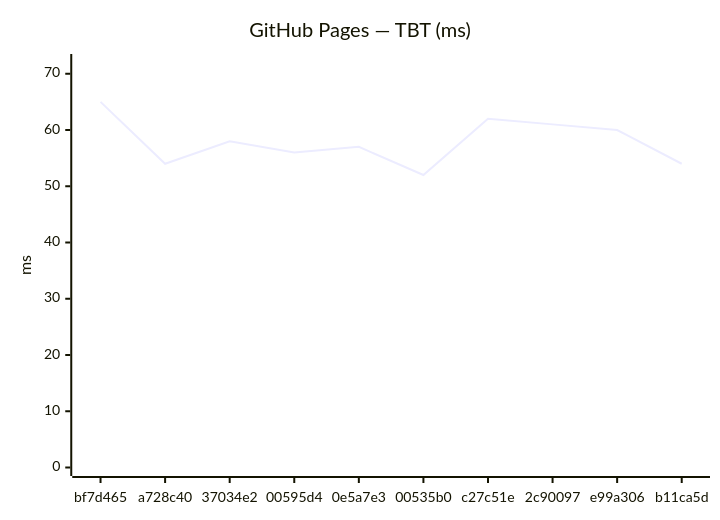
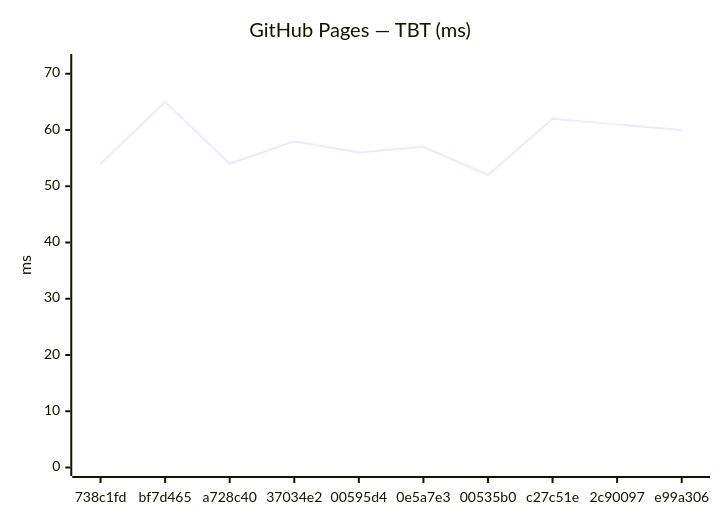
Before and after one commit to Metaheurist/Rianell: the fourth of 24 diagrams in benchmarks/compare.md, drawn with Mermaid. The commit also changed other lines of this file and 13 other files, not shown here.

````diff
--- a/benchmarks/compare.md
+++ b/benchmarks/compare.md
@@ -61,7 +61,7 @@
 ```mermaid
 xychart-beta
     title "GitHub Pages — TBT (ms)"
-    x-axis ["bf7d465", "a728c40", "37034e2", "00595d4", "0e5a7e3", "00535b0", "c27c51e", "2c90097", "e99a306", "b11ca5d"]
+    x-axis ["738c1fd", "bf7d465", "a728c40", "37034e2", "00595d4", "0e5a7e3", "00535b0", "c27c51e", "2c90097", "e99a306"]
     y-axis "ms" 0 --> 72
-    line [65, 54, 58, 56, 57, 52, 62, 61, 60, 54]
+    line [54, 65, 54, 58, 56, 57, 52, 62, 61, 60]
 ```
````
